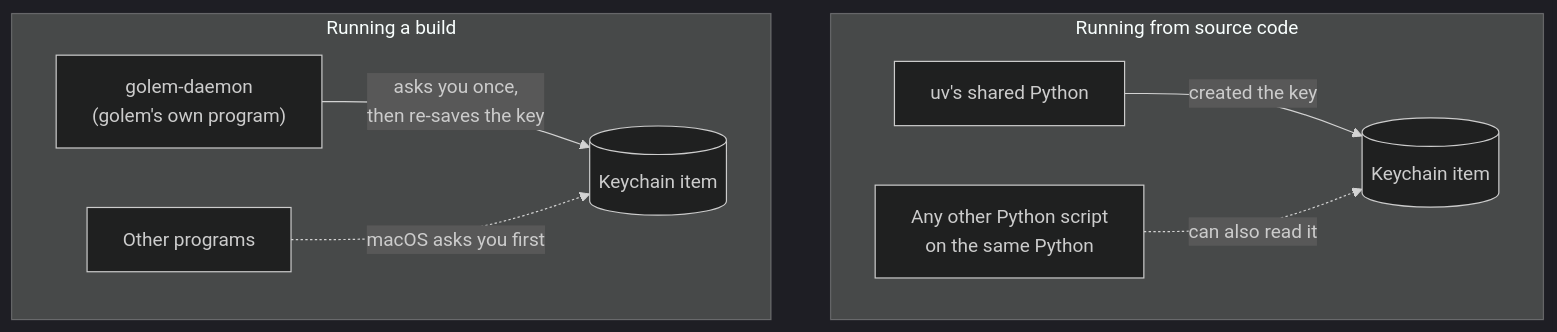
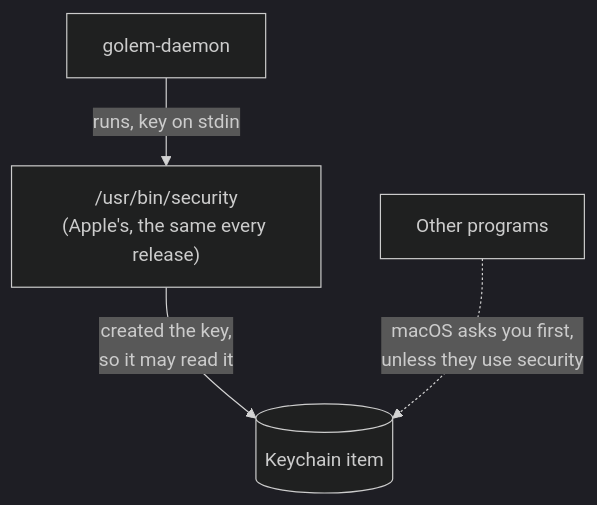
One commit to MilanPavel/golem changed the fourth of 6 diagrams in docs/ops/run.md. Above: the diagram before and after it, drawn with Mermaid (dark theme). The commit also changed other lines of this file and 7 other files, not shown here.

First line of the commit message:
docs: a separate Uninstall page, and the Keychain text after #805 (#807)

````diff
--- a/docs/ops/run.md
+++ b/docs/ops/run.md
@@ -197,11 +197,6 @@
 ```mermaid
 flowchart TB
-  subgraph before [Running from source code]
-    py["uv's shared Python"] -->|created the key| k1[("Keychain item")]
-    other["Any other Python script<br/>on the same Python"] -.->|can also read it| k1
-  end
-  subgraph after [Running a build]
-    gd["golem-daemon<br/>(golem's own program)"] -->|"asks you once,<br/>then re-saves the key"| k2[("Keychain item")]
-    other2["Other programs"] -.->|macOS asks you first| k2
-  end
+  gd["golem-daemon"] -->|"runs, key on stdin"| sec["/usr/bin/security<br/>(Apple's, the same every release)"]
+  sec -->|"created the key,<br/>so it may read it"| k[("Keychain item")]
+  other["Other programs"] -.->|"macOS asks you first,<br/>unless they use security"| k
 ```
````
